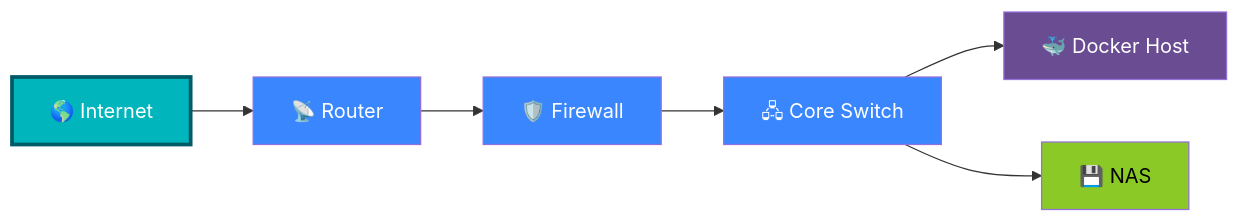
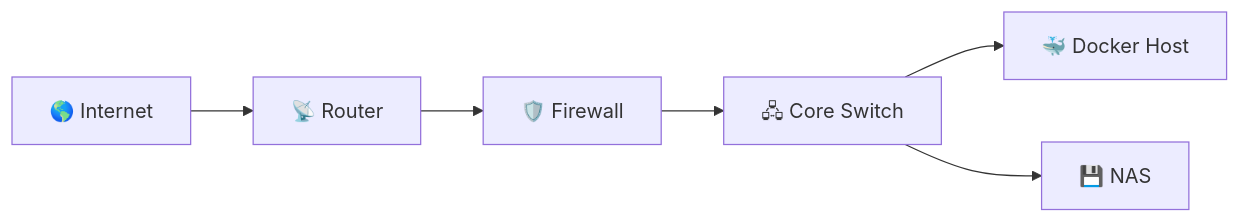
The first of 2 diagrams in docs/tech/overview.md (wHkr/Life-Systems), drawn with Mermaid before and after one commit. The commit also changed other lines of this file and 53 other files, not shown here.

Commit message:
Added file and folder architecture for shane. Also added a pool segment under shane's tab. Created for notes on pool setup, maintenance, troubleshooting and general knowledge

````diff
--- a/docs/tech/overview.md
+++ b/docs/tech/overview.md
@@ -13,26 +13,21 @@
 ```mermaid
 flowchart LR
 
 Internet["🌎 Internet"]
 Router["📡 Router"]
 Firewall["🛡️ Firewall"]
 Core["🖧 Core Switch"]
 Docker["🐳 Docker Host"]
 Storage["💾 NAS"]
 
 Internet --> Router
 Router --> Firewall
 Firewall --> Core
 Core --> Docker
 Core --> Storage
 
 classDef internet fill:#00b5bb,color:#fff,stroke:#005b66,stroke-width:3px
 classDef network fill:#3a86ff,color:#fff
 classDef server fill:#6a4c93,color:#fff
 classDef storage fill:#8ac926,color:#000
-
-class Internet internet
-class Router,Firewall,Core network
-class Docker server
-class Storage storage
 ```
````
